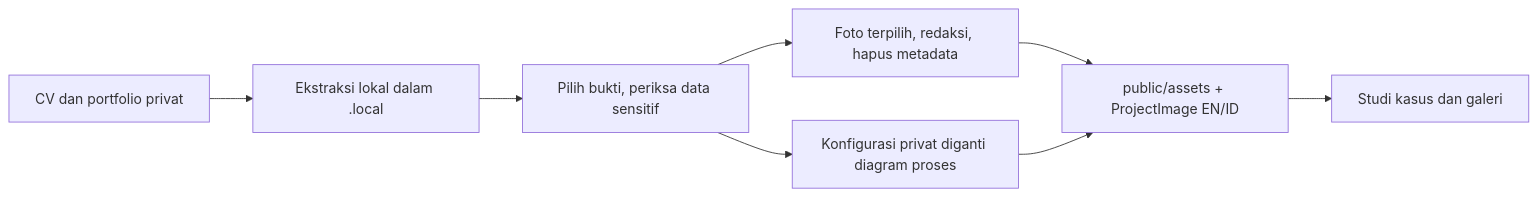
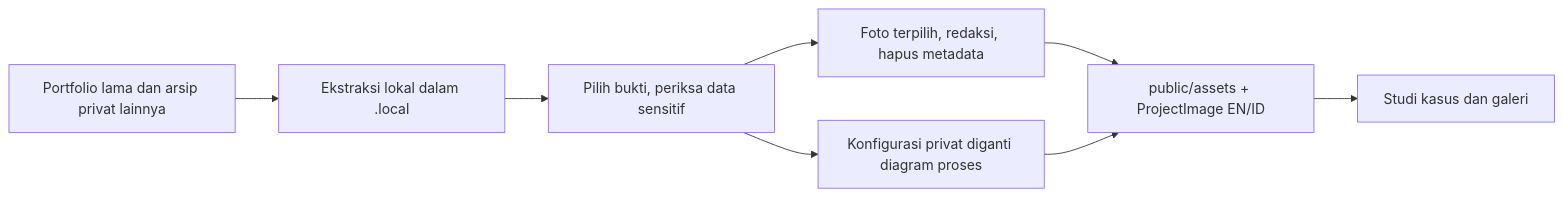
One commit to rickopra/rickopra.github.io changed the fifth of 6 diagrams in docs/FLOW.md. Above: the diagram before and after it, drawn with Mermaid. The commit also changed other lines of this file and 12 other files, not shown here.

````diff
--- a/docs/FLOW.md
+++ b/docs/FLOW.md
@@ -114,10 +114,10 @@
 ```mermaid
 flowchart LR
-    Archive["CV dan portfolio privat"] --> Local["Ekstraksi lokal dalam .local"]
+    Archive["Portfolio lama dan arsip privat lainnya"] --> Local["Ekstraksi lokal dalam .local"]
     Local --> Review["Pilih bukti, periksa data sensitif"]
     Review --> Photos["Foto terpilih, redaksi, hapus metadata"]
     Review --> Diagram["Konfigurasi privat diganti diagram proses"]
     Photos --> Public["public/assets + ProjectImage EN/ID"]
     Diagram --> Public
     Public --> Gallery["Studi kasus dan galeri"]
 ```
````
